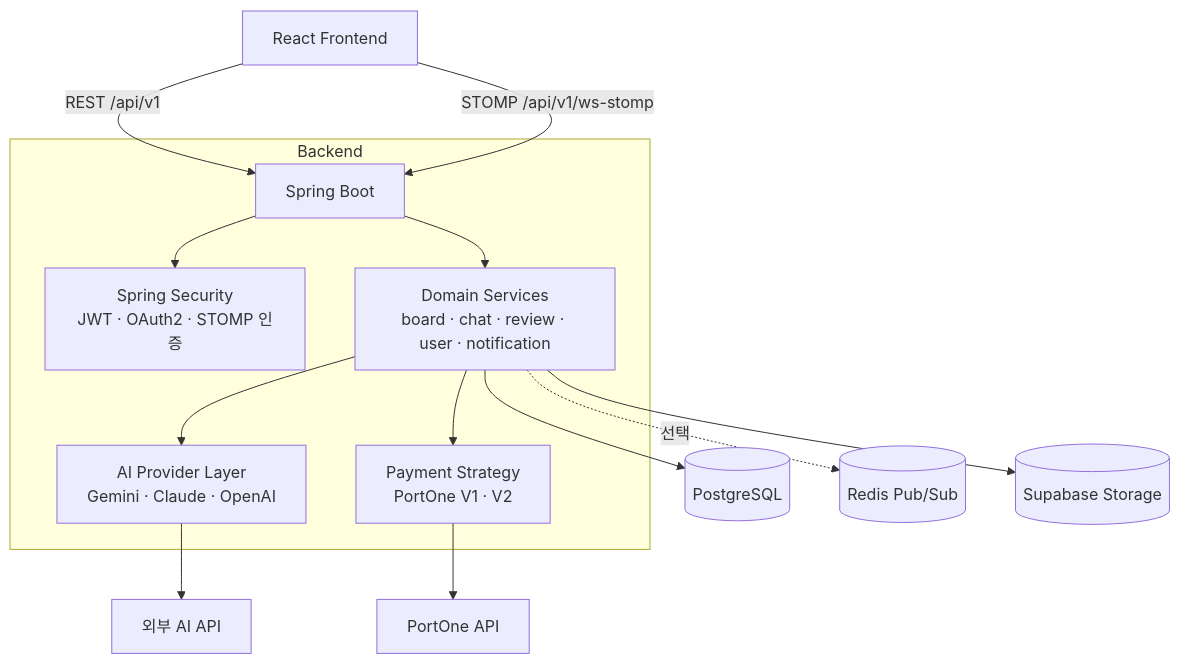
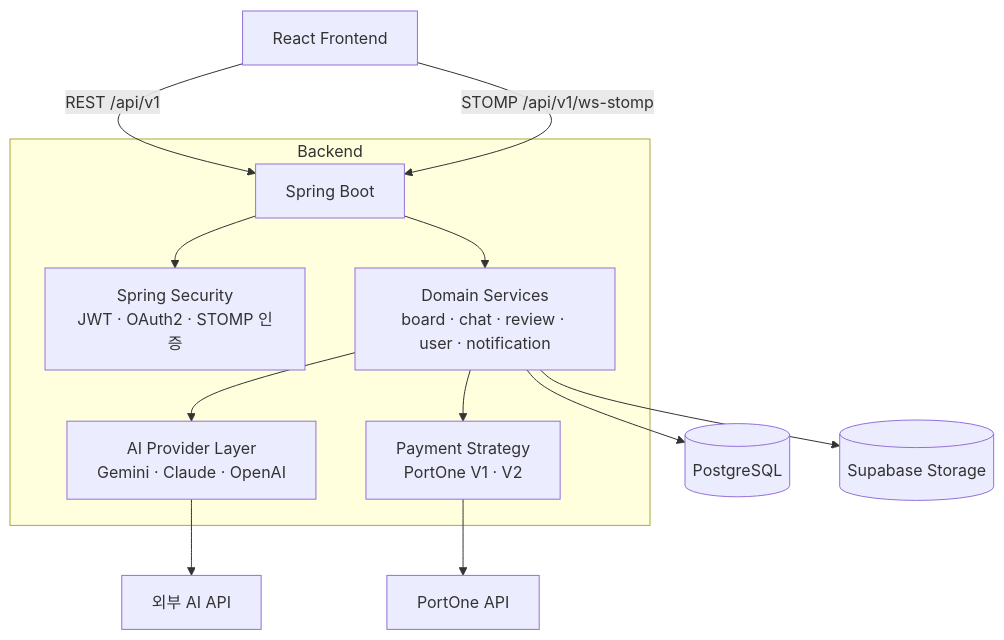
One commit to hamjoong/portfolio changed the diagram in devcodehub/README.md. Above: the diagram before and after it, drawn with Mermaid. The commit also changed other lines of this file and 65 other files, not shown here.

````diff
--- a/devcodehub/README.md
+++ b/devcodehub/README.md
@@ -43,18 +45,17 @@
 ```mermaid
 graph TD
     Client[React Frontend] -->|REST /api/v1| API[Spring Boot]
     Client -->|STOMP /api/v1/ws-stomp| API
 
     subgraph "Backend"
         API --> Security[Spring Security<br/>JWT · OAuth2 · STOMP 인증]
         API --> Services[Domain Services<br/>board · chat · review · user · notification]
         Services --> AI[AI Provider Layer<br/>Gemini · Claude · OpenAI]
         Services --> Pay[Payment Strategy<br/>PortOne V1 · V2]
     end
 
     Services --> DB[(PostgreSQL)]
-    Services -. 선택 .-> Redis[(Redis Pub/Sub)]
     Services --> Storage[(Supabase Storage)]
     AI --> Ext[외부 AI API]
     Pay --> PortOne[PortOne API]
 ```
````
